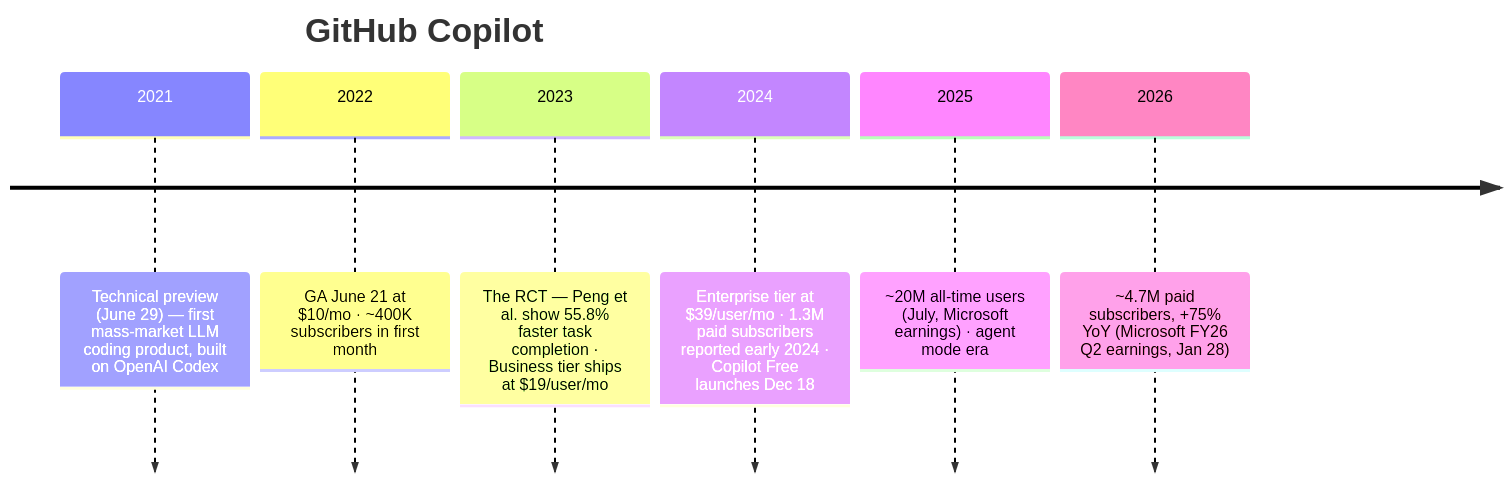
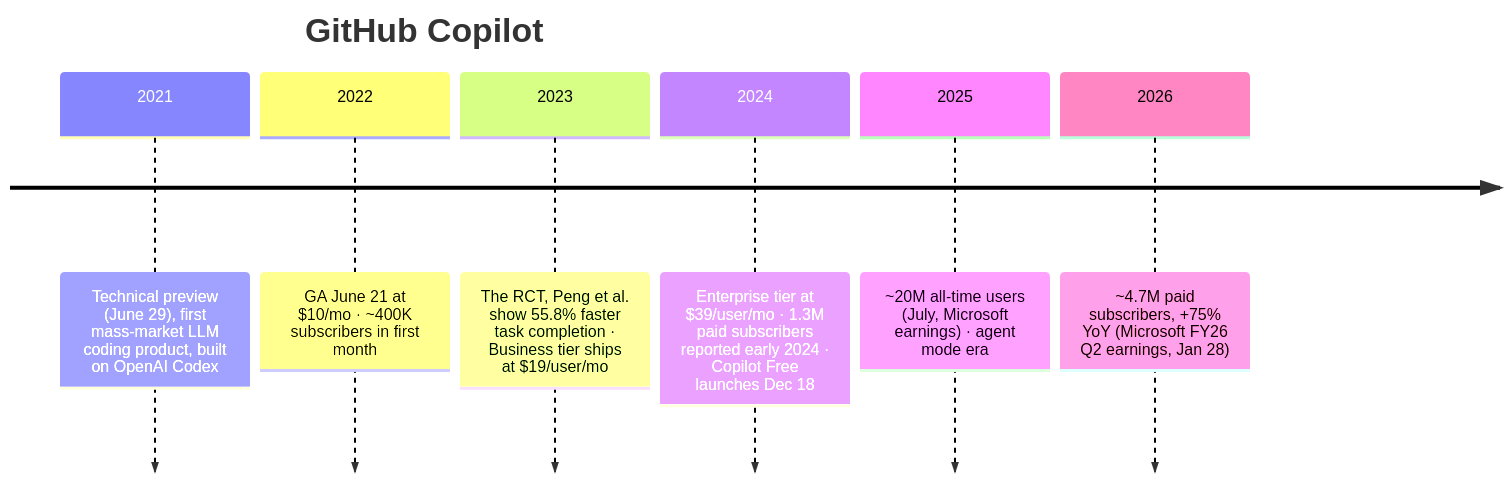
Before and after one commit to sugirdadinakar/AI-for-Product-Managers: the diagram in 06-case-studies/github-copilot.md, drawn with Mermaid. The commit also changed other lines of this file and 59 other files, not shown here.

````diff
--- a/06-case-studies/github-copilot.md
+++ b/06-case-studies/github-copilot.md
@@ -9,10 +9,10 @@
 ```mermaid
 timeline
     title GitHub Copilot
-    2021 : Technical preview (June 29) — first mass-market LLM coding product, built on OpenAI Codex
+    2021 : Technical preview (June 29), first mass-market LLM coding product, built on OpenAI Codex
     2022 : GA June 21 at $10/mo · ~400K subscribers in first month
-    2023 : The RCT — Peng et al. show 55.8% faster task completion · Business tier ships at $19/user/mo
+    2023 : The RCT, Peng et al. show 55.8% faster task completion · Business tier ships at $19/user/mo
     2024 : Enterprise tier at $39/user/mo · 1.3M paid subscribers reported early 2024 · Copilot Free launches Dec 18
     2025 : ~20M all-time users (July, Microsoft earnings) · agent mode era
     2026 : ~4.7M paid subscribers, +75% YoY (Microsoft FY26 Q2 earnings, Jan 28)
 ```
````
